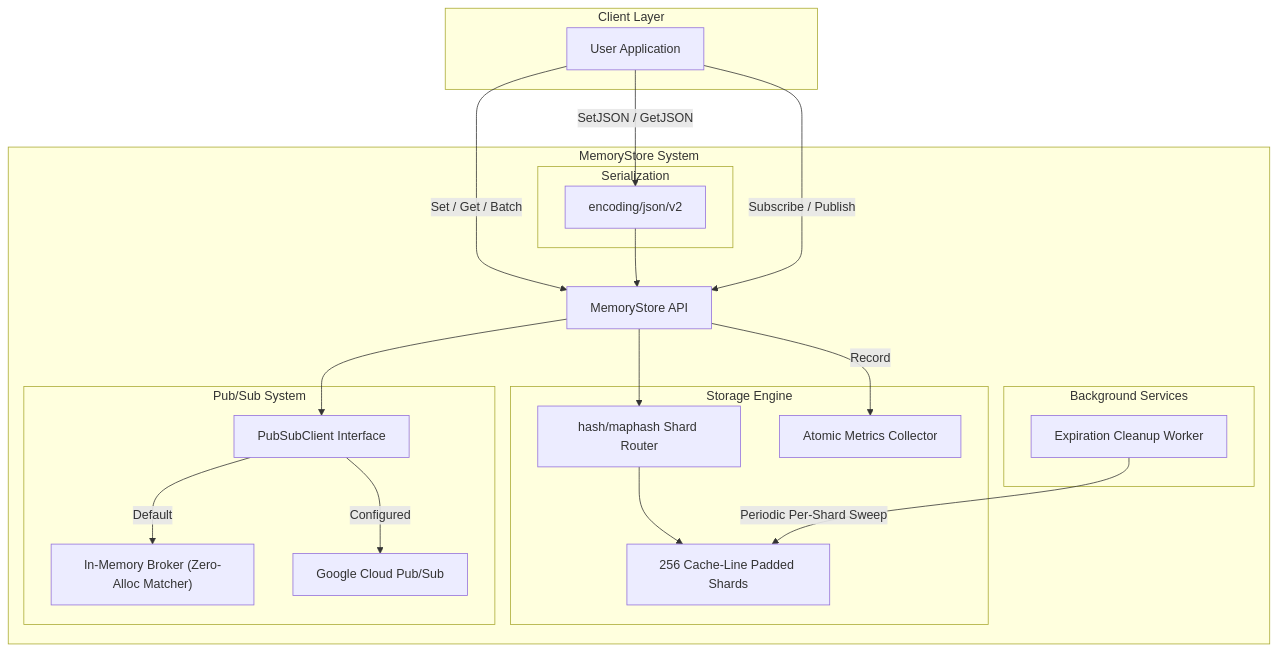
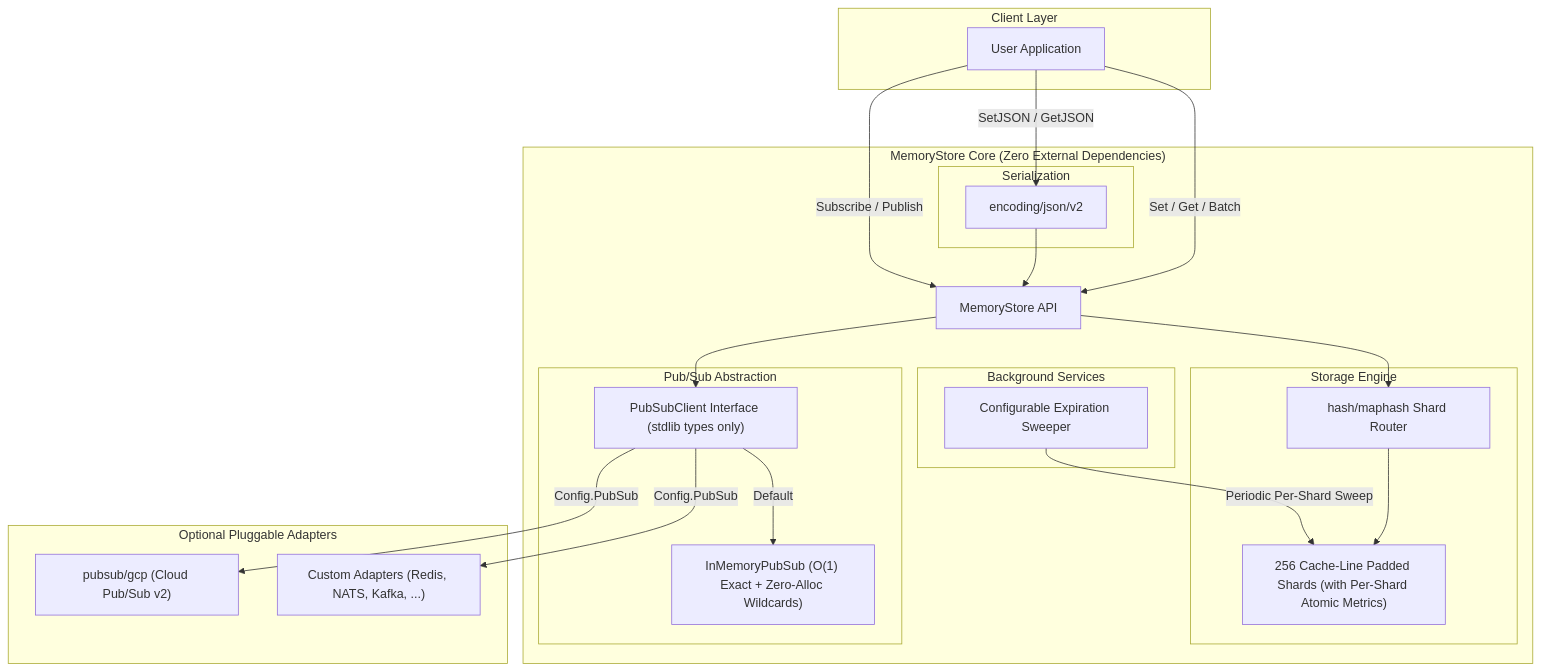
The diagram in README.md (BryceWayne/MemoryStore), drawn with Mermaid before and after one commit. The commit also changed other lines of this file and 22 other files, not shown here.

Commit message:
Generalize PubSubClient, decouple pubsub/gcp module, clean up repo, and optimize hot paths

````diff
--- a/README.md
+++ b/README.md
@@ -259,44 +316,47 @@
 ```mermaid
 graph TD
     subgraph Client Layer
         User[User Application]
     end
 
-    subgraph MemoryStore System
+    subgraph "MemoryStore Core (Zero External Dependencies)"
         API[MemoryStore API]
 
         subgraph "Storage Engine"
             Hash["hash/maphash Shard Router"]
-            Shards["256 Cache-Line Padded Shards"]
-            Metrics["Atomic Metrics Collector"]
+            Shards["256 Cache-Line Padded Shards (with Per-Shard Atomic Metrics)"]
         end
 
         subgraph "Serialization"
             JSONv2["encoding/json/v2"]
         end
 
         subgraph "Background Services"
-            Cleaner[Expiration Cleanup Worker]
+            Cleaner[Configurable Expiration Sweeper]
         end
 
-        subgraph "Pub/Sub System"
-            PS_Interface[PubSubClient Interface]
-            PS_Mem["In-Memory Broker (Zero-Alloc Matcher)"]
-            PS_GCP[Google Cloud Pub/Sub]
+        subgraph "Pub/Sub Abstraction"
+            PS_Interface["PubSubClient Interface (stdlib types only)"]
+            PS_Mem["InMemoryPubSub (O(1) Exact + Zero-Alloc Wildcards)"]
         end
+    end
+
+    subgraph "Optional Pluggable Adapters"
+        PS_GCP["pubsub/gcp (Cloud Pub/Sub v2)"]
+        PS_Custom["Custom Adapters (Redis, NATS, Kafka, ...)"]
     end
 
     User -->|Set / Get / Batch| API
     User -->|SetJSON / GetJSON| JSONv2
     JSONv2 --> API
     User -->|Subscribe / Publish| API
 
     API --> Hash --> Shards
-    API -->|Record| Metrics
     API --> PS_Interface
 
     Cleaner -->|Periodic Per-Shard Sweep| Shards
 
     PS_Interface -->|Default| PS_Mem
-    PS_Interface -->|Configured| PS_GCP
+    PS_Interface -->|Config.PubSub| PS_GCP
+    PS_Interface -->|Config.PubSub| PS_Custom
 ```
````
